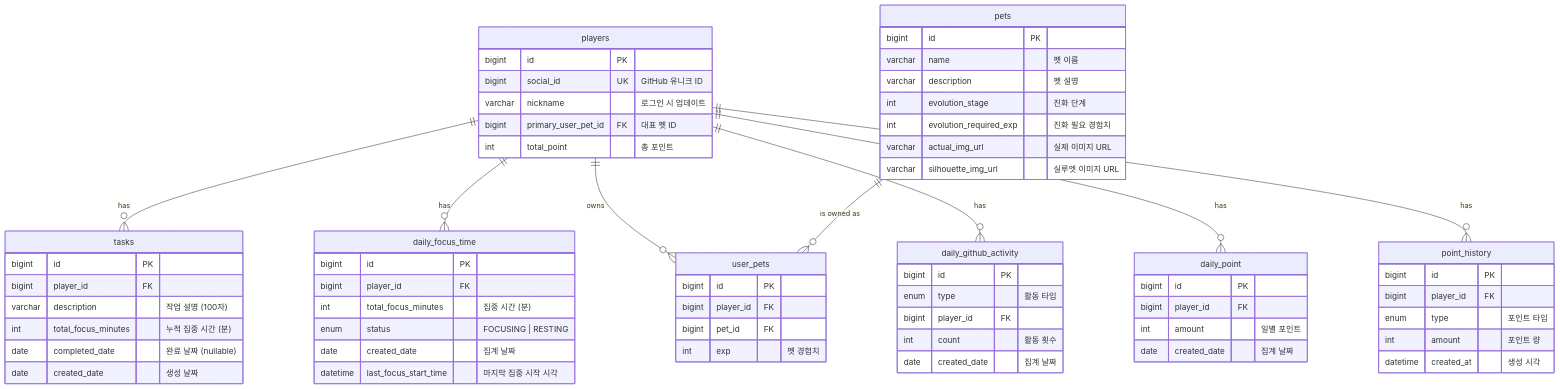
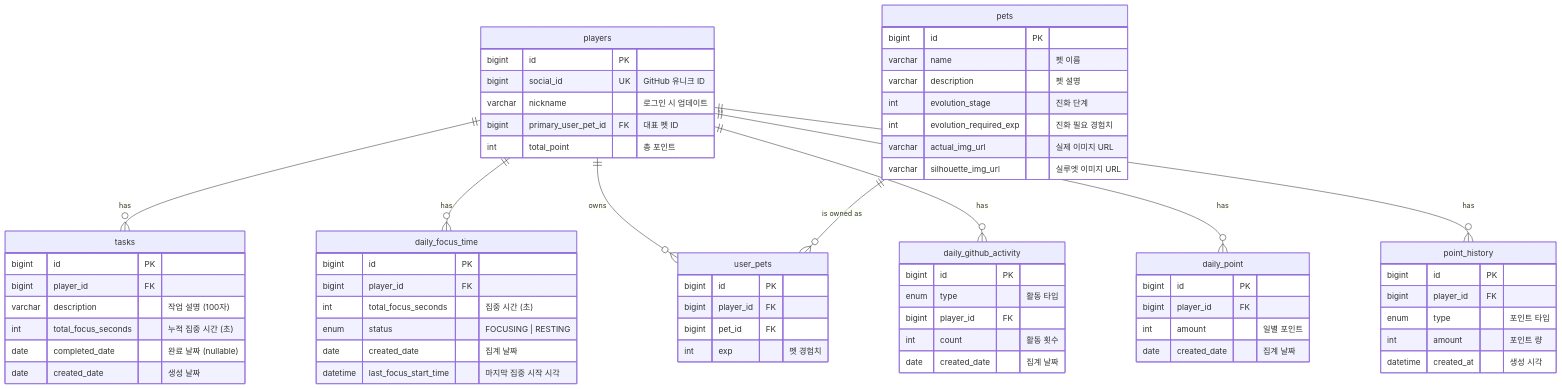
One commit to boostcampwm2025/web19-estrogenquattro changed the diagram in docs/guides/ERD.md. Above: the diagram before and after it, drawn with Mermaid. The commit also changed other lines of this file and 24 other files, not shown here.

````diff
--- a/docs/guides/ERD.md
+++ b/docs/guides/ERD.md
@@ -11,76 +11,76 @@
 ```mermaid
 erDiagram
     players ||--o{ tasks : has
     players ||--o{ daily_focus_time : has
     players ||--o{ user_pets : owns
     players ||--o{ daily_github_activity : has
     players ||--o{ daily_point : has
     players ||--o{ point_history : has
     pets ||--o{ user_pets : "is owned as"
 
     players {
         bigint id PK
         bigint social_id UK "GitHub 유니크 ID"
         varchar nickname "로그인 시 업데이트"
         bigint primary_user_pet_id FK "대표 펫 ID"
         int total_point "총 포인트"
     }
 
     tasks {
         bigint id PK
         bigint player_id FK
         varchar description "작업 설명 (100자)"
-        int total_focus_minutes "누적 집중 시간 (분)"
+        int total_focus_seconds "누적 집중 시간 (초)"
         date completed_date "완료 날짜 (nullable)"
         date created_date "생성 날짜"
     }
 
     daily_focus_time {
         bigint id PK
         bigint player_id FK
-        int total_focus_minutes "집중 시간 (분)"
+        int total_focus_seconds "집중 시간 (초)"
         enum status "FOCUSING | RESTING"
         date created_date "집계 날짜"
         datetime last_focus_start_time "마지막 집중 시작 시각"
     }
 
     pets {
         bigint id PK
         varchar name "펫 이름"
         varchar description "펫 설명"
         int evolution_stage "진화 단계"
         int evolution_required_exp "진화 필요 경험치"
         varchar actual_img_url "실제 이미지 URL"
         varchar silhouette_img_url "실루엣 이미지 URL"
     }
 
     user_pets {
         bigint id PK
         bigint player_id FK
         bigint pet_id FK
         int exp "펫 경험치"
     }
 
     daily_github_activity {
         bigint id PK
         enum type "활동 타입"
         bigint player_id FK
         int count "활동 횟수"
         date created_date "집계 날짜"
     }
 
     daily_point {
         bigint id PK
         bigint player_id FK
         int amount "일별 포인트"
         date created_date "집계 날짜"
     }
 
     point_history {
         bigint id PK
         bigint player_id FK
         enum type "포인트 타입"
         int amount "포인트 량"
         datetime created_at "생성 시각"
     }
 ```
````
